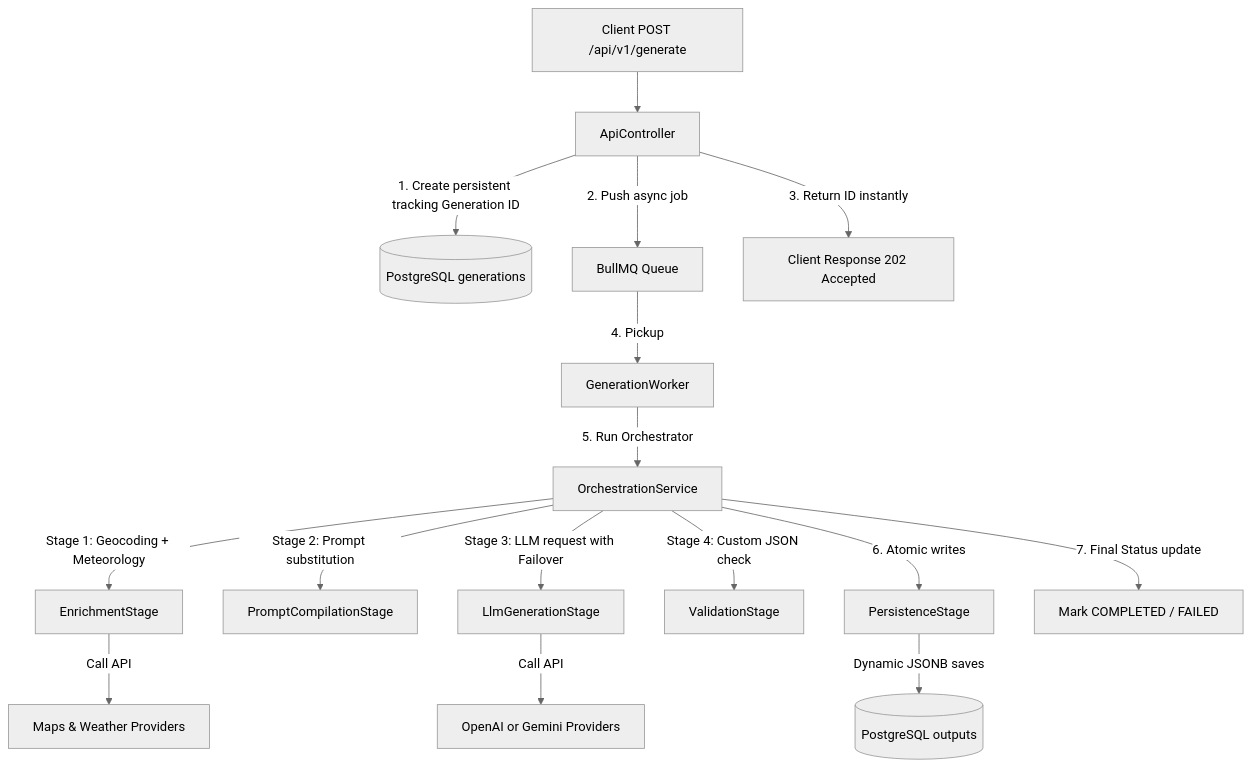
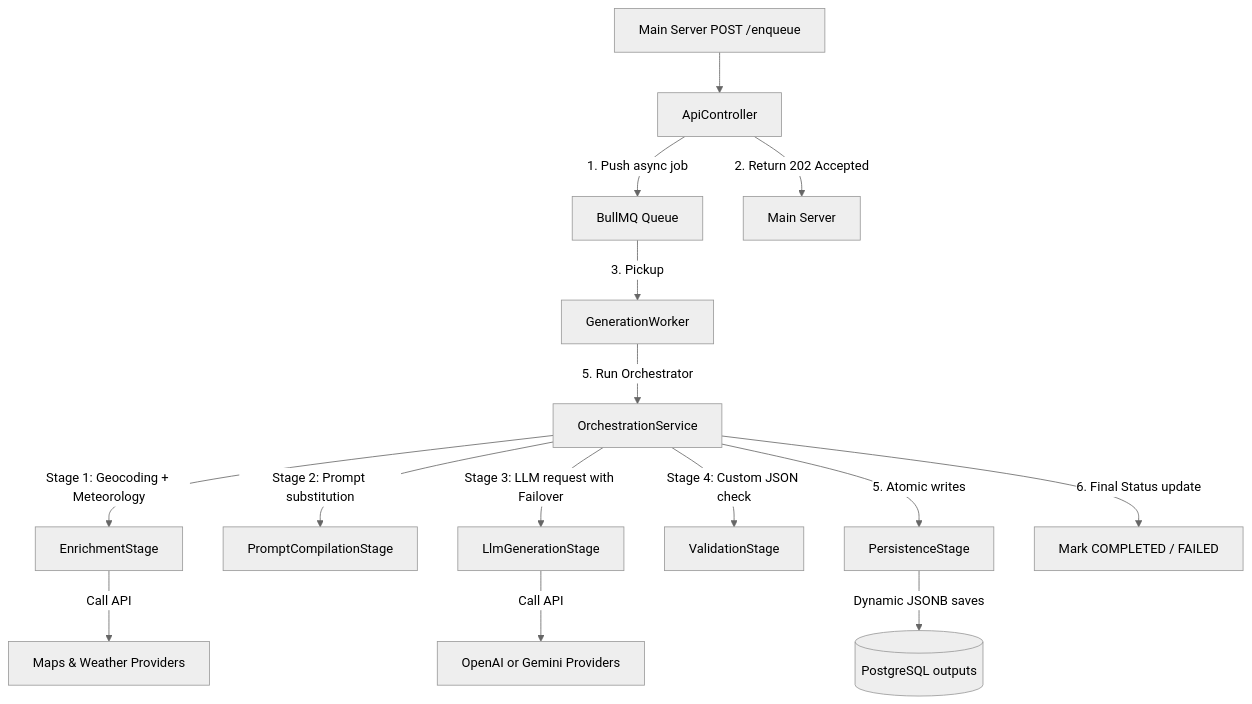
The diagram in docs/architecture.md (ayanpandit/yougo_brain), drawn with Mermaid (neutral theme) before and after one commit. The commit also changed 4 other files, not shown here.

Commit message:
refactor: decouple trip generation into stateless enqueue architecture and align database schema

````diff
--- a/docs/architecture.md
+++ b/docs/architecture.md
@@ -18,21 +18,20 @@
 ```mermaid
 graph TD
-    A[Client POST /api/v1/generate] --> B[ApiController]
-    B -->|1. Create persistent tracking Generation ID| C[(PostgreSQL generations)]
-    B -->|2. Push async job| D[BullMQ Queue]
-    B -->|3. Return ID instantly| E[Client Response 202 Accepted]
+    A[Main Server POST /enqueue] --> B[ApiController]
+    B -->|1. Push async job| D[BullMQ Queue]
+    B -->|2. Return 202 Accepted| E[Main Server]
     
-    D -->|4. Pickup| F[GenerationWorker]
+    D -->|3. Pickup| F[GenerationWorker]
     F -->|5. Run Orchestrator| G[OrchestrationService]
     
     G -->|Stage 1: Geocoding + Meteorology| H[EnrichmentStage]
     H -->|Call API| I[Maps & Weather Providers]
     G -->|Stage 2: Prompt substitution| J[PromptCompilationStage]
     G -->|Stage 3: LLM request with Failover| K[LlmGenerationStage]
     K -->|Call API| L[OpenAI or Gemini Providers]
     G -->|Stage 4: Custom JSON check| M[ValidationStage]
     
-    G -->|6. Atomic writes| N[PersistenceStage]
+    G -->|5. Atomic writes| N[PersistenceStage]
     N -->|Dynamic JSONB saves| O[(PostgreSQL outputs)]
-    G -->|7. Final Status update| P[Mark COMPLETED / FAILED]
+    G -->|6. Final Status update| P[Mark COMPLETED / FAILED]
 ```
````
